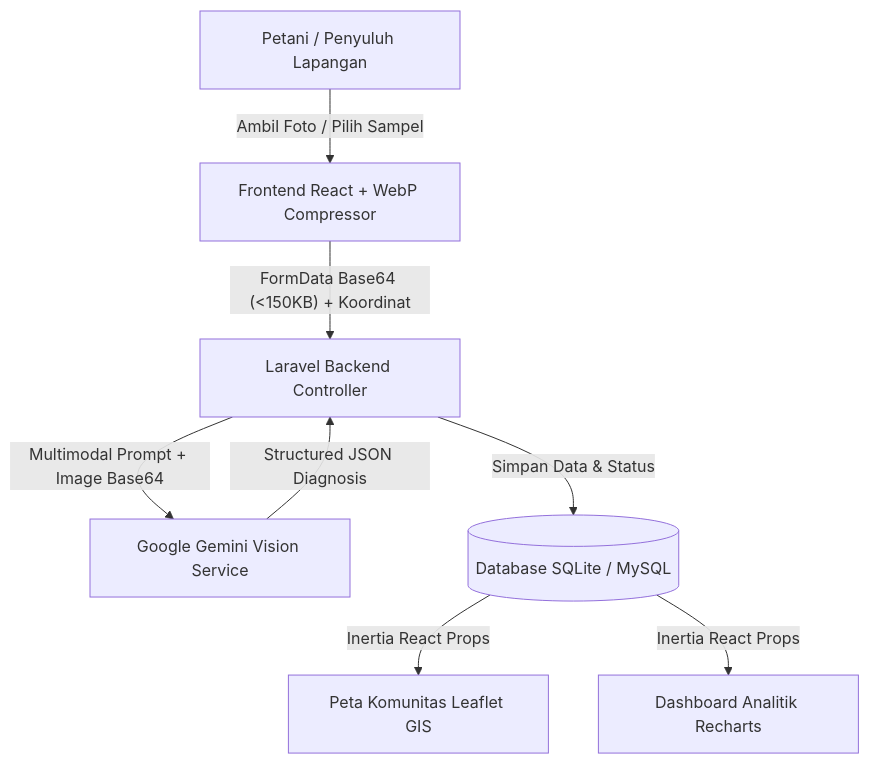
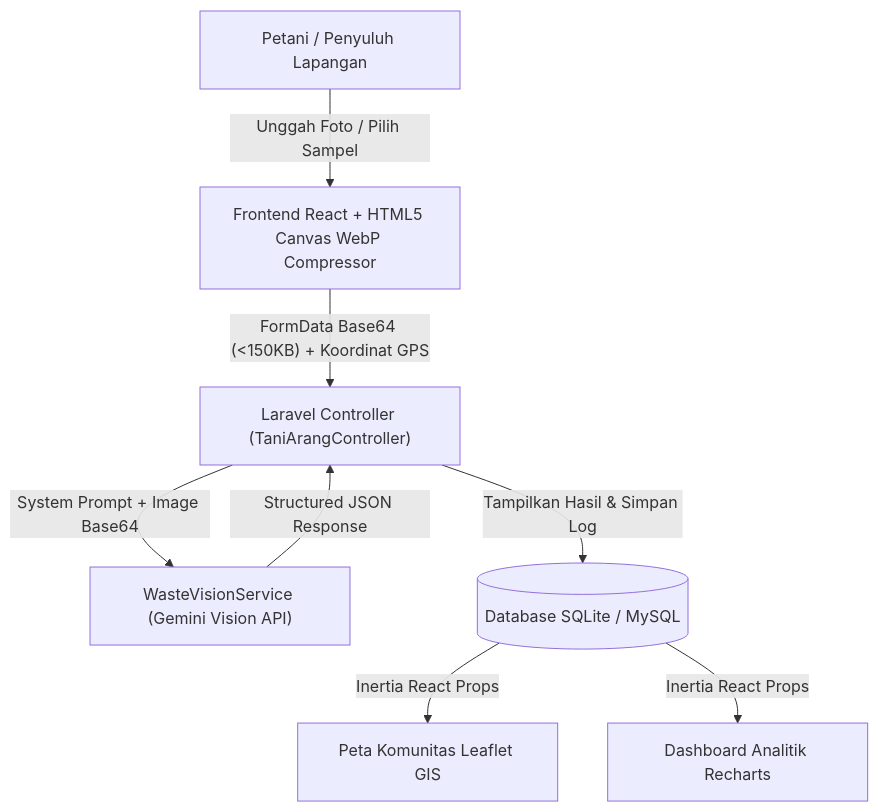
One commit to mrd4n108/tani-arang changed the diagram in README.md. Above: the diagram before and after it, drawn with Mermaid. The commit also changed other lines of this file, not shown here.

````diff
--- a/README.md
+++ b/README.md
@@ -85,10 +69,10 @@
 ```mermaid
 flowchart TD
-    A["Petani / Penyuluh Lapangan"] -->|"Ambil Foto / Pilih Sampel"| B["Frontend React + WebP Compressor"]
-    B -->|"FormData Base64 (<150KB) + Koordinat"| C["Laravel Backend Controller"]
-    C -->|"Multimodal Prompt + Image Base64"| D["Google Gemini Vision Service"]
-    D -->|"Structured JSON Diagnosis"| C
-    C -->|"Simpan Data & Status"| E[("Database SQLite / MySQL")]
+    A["Petani / Penyuluh Lapangan"] -->|"Unggah Foto / Pilih Sampel"| B["Frontend React + HTML5 Canvas WebP Compressor"]
+    B -->|"FormData Base64 (<150KB) + Koordinat GPS"| C["Laravel Controller (TaniArangController)"]
+    C -->|"System Prompt + Image Base64"| D["WasteVisionService (Gemini Vision API)"]
+    D -->|"Structured JSON Response"| C
+    C -->|"Tampilkan Hasil & Simpan Log"| E[("Database SQLite / MySQL")]
     E -->|"Inertia React Props"| F["Peta Komunitas Leaflet GIS"]
     E -->|"Inertia React Props"| G["Dashboard Analitik Recharts"]
 ```
````
